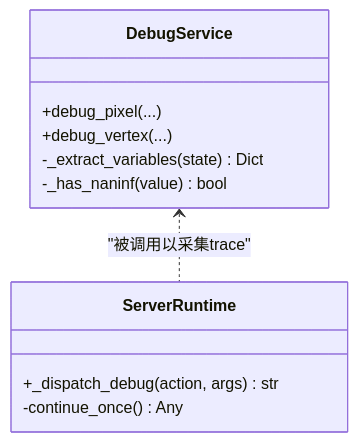
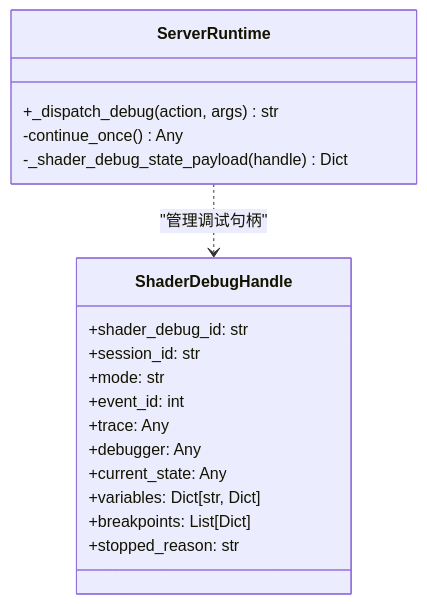
One commit to haolange/RDC-Tool changed the fourth of 7 diagrams in .qoder/repowiki/zh/content/处理器模块/Shader调试处理器.md. Above: the diagram before and after it, drawn with Mermaid. The commit also changed other lines of this file and 79 other files, not shown here.

````diff
--- a/.qoder/repowiki/zh/content/处理器模块/Shader调试处理器.md
+++ b/.qoder/repowiki/zh/content/处理器模块/Shader调试处理器.md
@@ -160,14 +181,21 @@
 ```mermaid
 classDiagram
-class DebugService {
-+debug_pixel(...)
-+debug_vertex(...)
--_extract_variables(state) Dict
--_has_naninf(value) bool
+class ShaderDebugHandle {
++shader_debug_id: str
++session_id: str
++mode: str
++event_id: int
++trace: Any
++debugger: Any
++current_state: Any
++variables: Dict[str, Dict]
++breakpoints: List[Dict]
++stopped_reason: str
 }
 class ServerRuntime {
 +_dispatch_debug(action, args) str
 -continue_once() Any
+-_shader_debug_state_payload(handle) Dict
 }
-DebugService <.. ServerRuntime : "被调用以采集trace"
+ServerRuntime ..> ShaderDebugHandle : "管理调试句柄"
 ```
````
